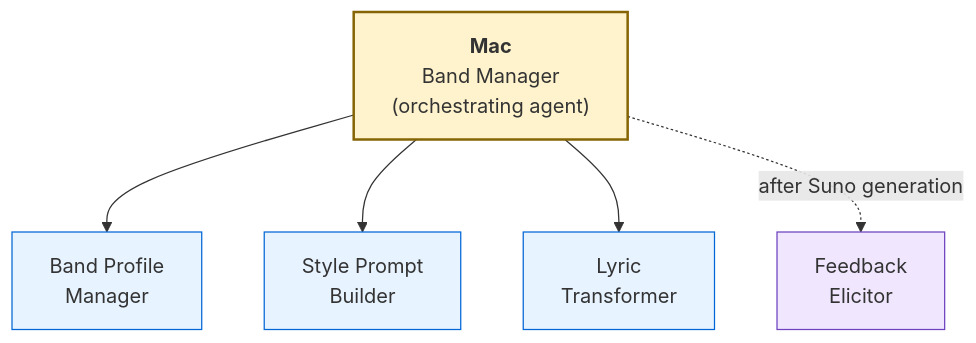
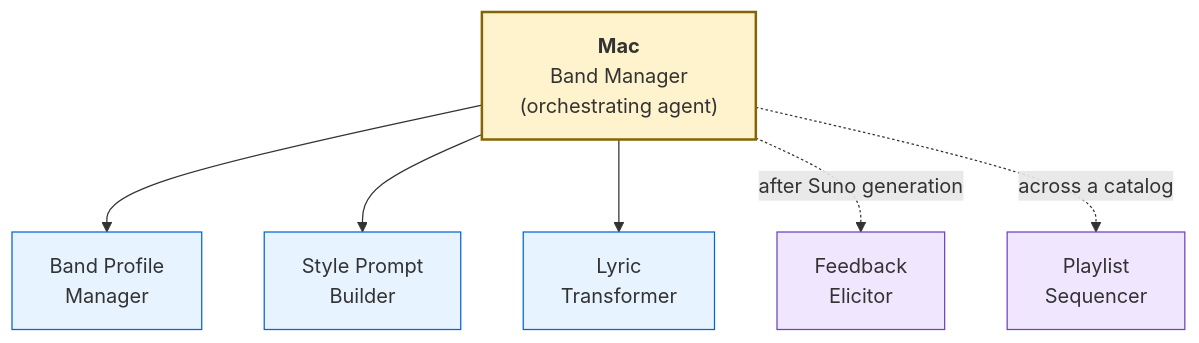
One commit to zarlor/suno-band-manager changed the diagram in README.md. Above: the diagram before and after it, drawn with Mermaid. The commit also changed other lines of this file and 288 other files, not shown here.

````diff
--- a/README.md
+++ b/README.md
@@ -46,14 +46,15 @@
 ```mermaid
 graph TD
     Mac["<b>Mac</b><br/>Band Manager<br/>(orchestrating agent)"]
     Mac --> BPM["Band Profile<br/>Manager"]
     Mac --> SPB["Style Prompt<br/>Builder"]
     Mac --> LT["Lyric<br/>Transformer"]
     Mac -.->|after Suno generation| FE["Feedback<br/>Elicitor"]
+    Mac -.->|across a catalog| PS["Playlist<br/>Sequencer"]
     classDef agent fill:#fff3cd,stroke:#856404,stroke-width:2px
     classDef pre fill:#e7f3ff,stroke:#0366d6,stroke-width:1px
     classDef post fill:#f0e7ff,stroke:#6f42c1,stroke-width:1px
     class Mac agent
     class BPM,SPB,LT pre
-    class FE post
+    class FE,PS post
 ```
````
